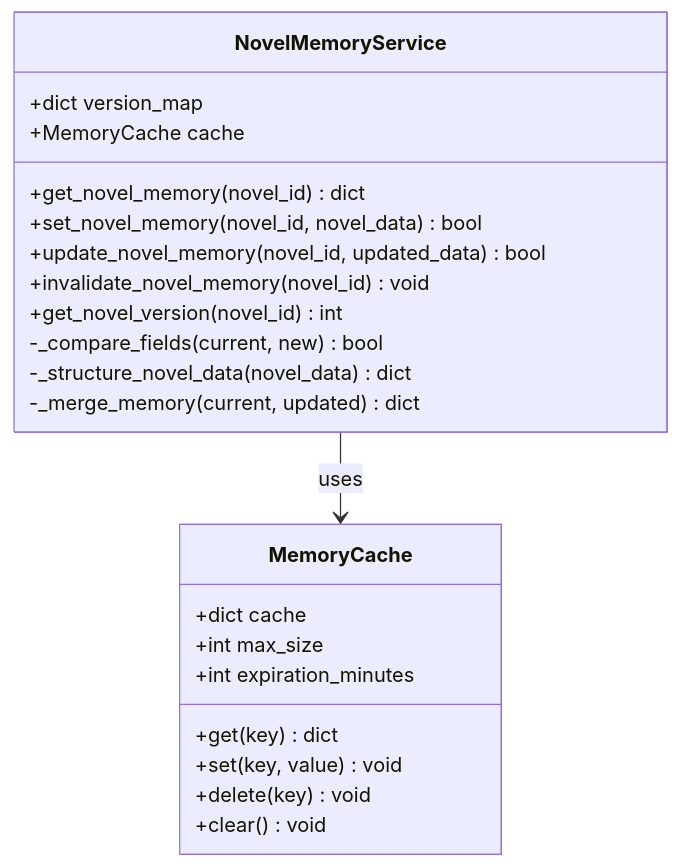
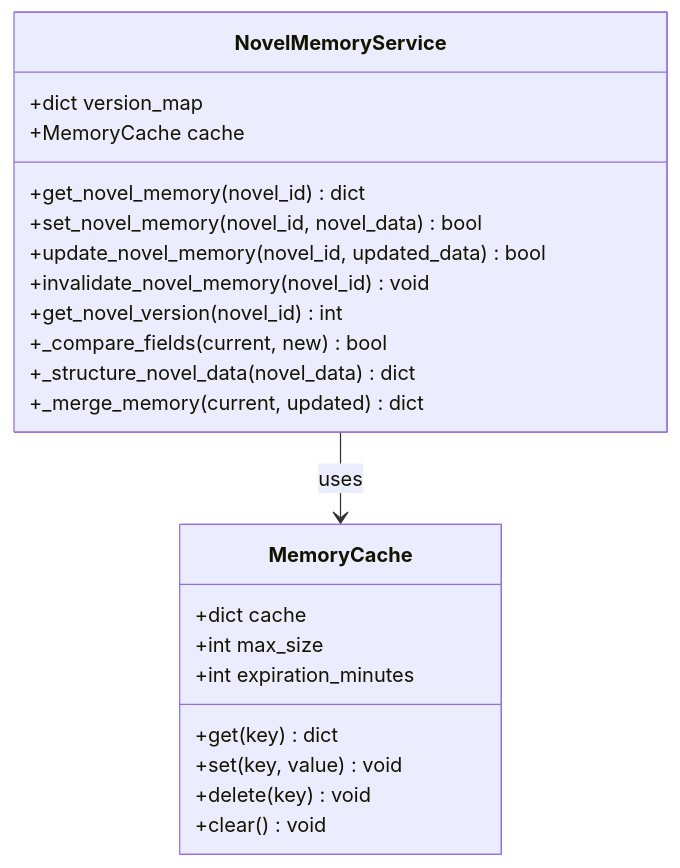
Diagram 13 of 25 in .qoder/repowiki/zh/content/Ai Chat Service.md (xfbyxq/ai-novel-system), drawn with Mermaid before and after one commit. The commit also changed other lines of this file and 19 other files, not shown here.

First line of the commit message:
feat(graph): 新增图数据库完整支持与AI聊天集成

````diff
--- a/.qoder/repowiki/zh/content/Ai Chat Service.md
+++ b/.qoder/repowiki/zh/content/Ai Chat Service.md
@@ -519,25 +562,25 @@
 ```mermaid
 classDiagram
 class NovelMemoryService {
 +dict version_map
 +MemoryCache cache
 +get_novel_memory(novel_id) dict
 +set_novel_memory(novel_id, novel_data) bool
 +update_novel_memory(novel_id, updated_data) bool
 +invalidate_novel_memory(novel_id) void
 +get_novel_version(novel_id) int
--_compare_fields(current, new) bool
--_structure_novel_data(novel_data) dict
--_merge_memory(current, updated) dict
++_compare_fields(current, new) bool
++_structure_novel_data(novel_data) dict
++_merge_memory(current, updated) dict
 }
 class MemoryCache {
 +dict cache
 +int max_size
 +int expiration_minutes
 +get(key) dict
 +set(key, value) void
 +delete(key) void
 +clear() void
 }
 NovelMemoryService --> MemoryCache : uses
 ```
````
